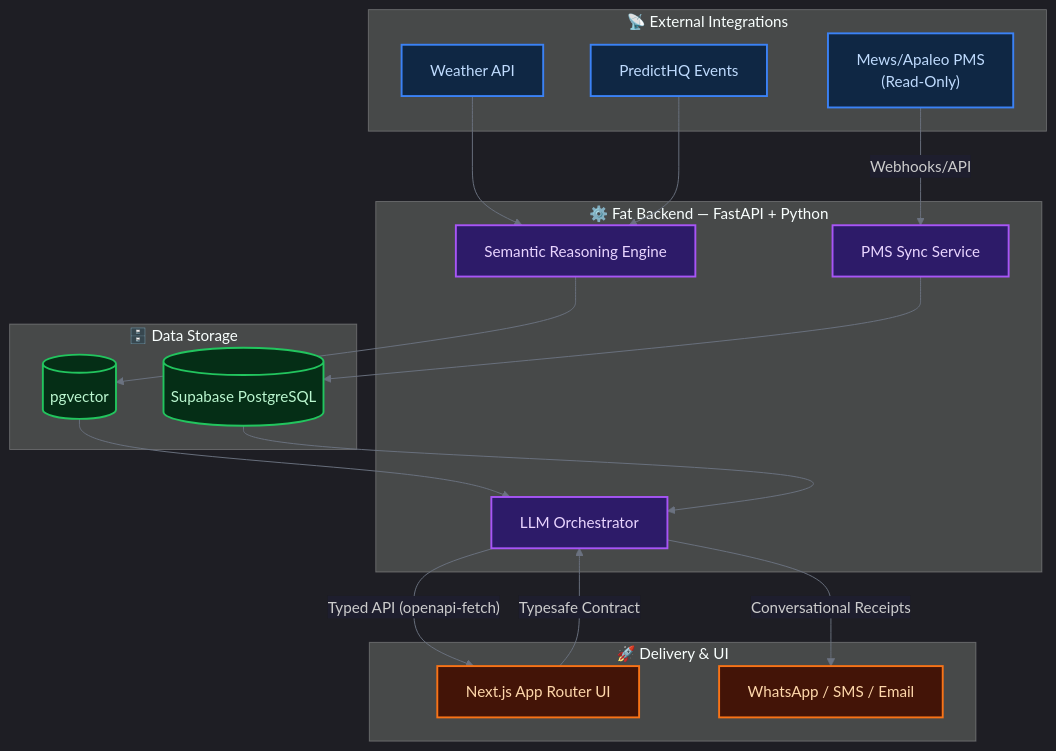
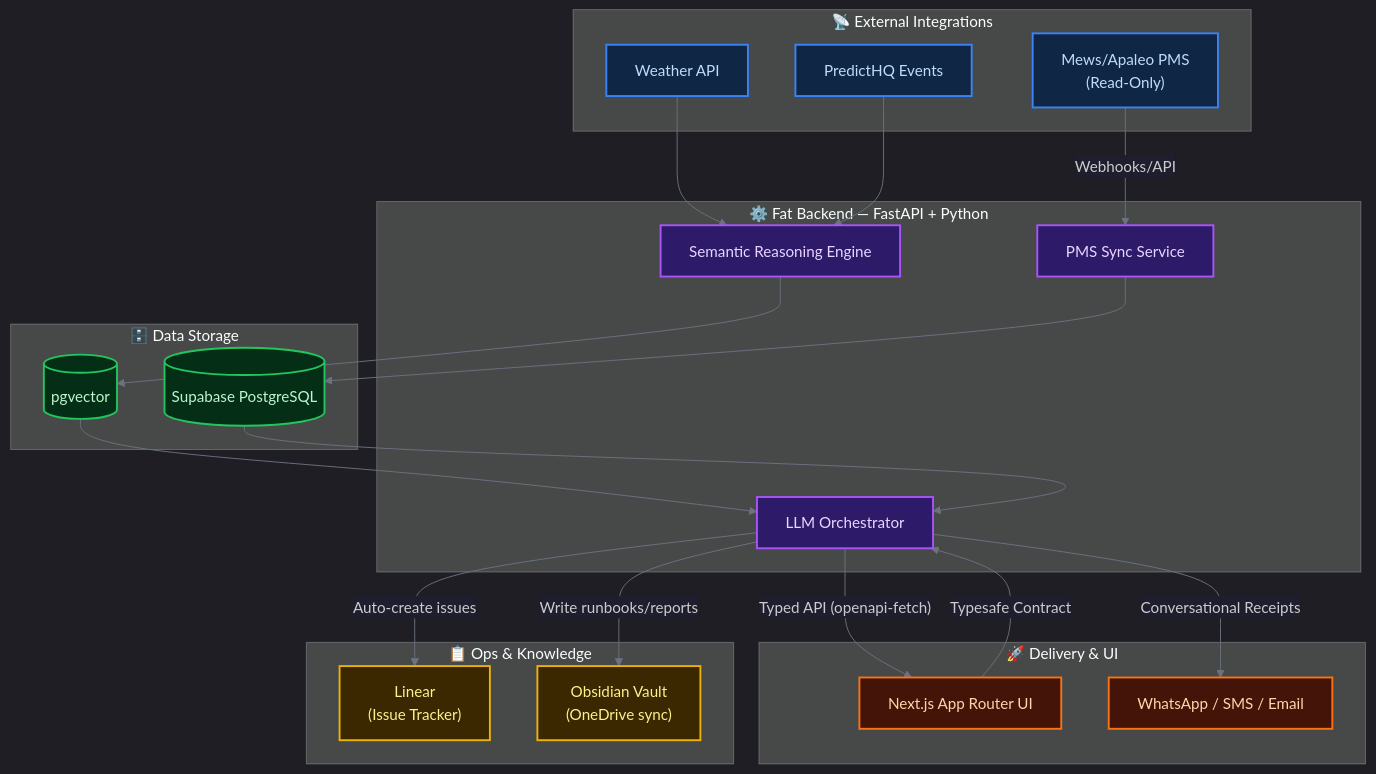
One commit to IvandeMurard/Hospitality-Operations-Agentic-AI-B2B changed the diagram in README.md. Above: the diagram before and after it, drawn with Mermaid. The commit also changed other lines of this file and 4 other files, not shown here.

First line of the commit message:
Replace Notion with Obsidian, surface Linear in architecture

````diff
--- a/README.md
+++ b/README.md
@@ -59,46 +59,55 @@
 ```mermaid
 %%{init: {'theme': 'dark', 'themeVariables': {'edgeLabelBackground': '#1e1e2e', 'lineColor': '#6b7280'}}}%%
 graph TD
     subgraph EXT["📡 External Integrations"]
         PMS["Mews/Apaleo PMS\n(Read-Only)"]
         Weather["Weather API"]
         Events["PredictHQ Events"]
     end
 
     subgraph BACK["⚙️ Fat Backend — FastAPI + Python"]
         Sync["PMS Sync Service"]
         Semantic["Semantic Reasoning Engine"]
         RAG["LLM Orchestrator"]
     end
 
     subgraph DATA["🗄️ Data Storage"]
         DB[("Supabase PostgreSQL")]
         Vector[("pgvector")]
     end
 
     subgraph DELIVERY["🚀 Delivery & UI"]
         Frontend["Next.js App Router UI"]
         Push["WhatsApp / SMS / Email"]
     end
 
+    subgraph OPS["📋 Ops & Knowledge"]
+        Linear["Linear\n(Issue Tracker)"]
+        Obsidian["Obsidian Vault\n(OneDrive sync)"]
+    end
+
     PMS -- "Webhooks/API" --> Sync
     Weather --> Semantic
     Events --> Semantic
     Sync --> DB
     Semantic --> Vector
     Vector --> RAG
     DB --> RAG
     RAG -- "Conversational Receipts" --> Push
     RAG -- "Typed API (openapi-fetch)" --> Frontend
     Frontend -- "Typesafe Contract" --> RAG
+    RAG -- "Auto-create issues" --> Linear
+    RAG -- "Write runbooks/reports" --> Obsidian
 
-    classDef external fill:#0f2744,stroke:#3b82f6,stroke-width:2px,color:#bfdbfe
-    classDef backend fill:#2d1b69,stroke:#a855f7,stroke-width:2px,color:#e9d5ff
-    classDef db      fill:#052e16,stroke:#22c55e,stroke-width:2px,color:#bbf7d0
-    classDef delivery fill:#431407,stroke:#f97316,stroke-width:2px,color:#fed7aa
+    classDef external  fill:#0f2744,stroke:#3b82f6,stroke-width:2px,color:#bfdbfe
+    classDef backend   fill:#2d1b69,stroke:#a855f7,stroke-width:2px,color:#e9d5ff
+    classDef db        fill:#052e16,stroke:#22c55e,stroke-width:2px,color:#bbf7d0
+    classDef delivery  fill:#431407,stroke:#f97316,stroke-width:2px,color:#fed7aa
+    classDef ops       fill:#3b2800,stroke:#eab308,stroke-width:2px,color:#fef08a
 
     class PMS,Weather,Events external
     class Sync,Semantic,RAG backend
     class DB,Vector db
     class Frontend,Push delivery
+    class Linear,Obsidian ops
 ```
````
